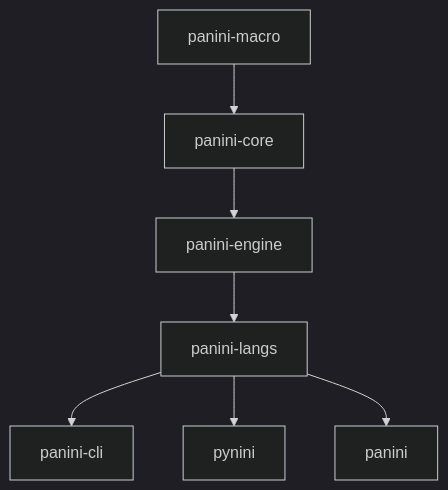
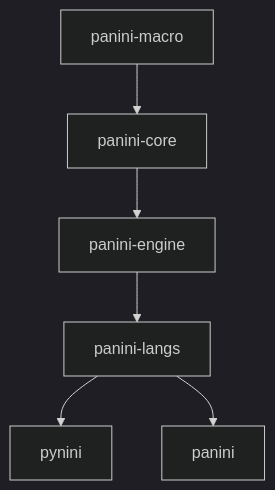
The first of 2 diagrams in rust_usage.md (yro7/panini), drawn with Mermaid (dark theme) before and after one commit. The commit also changed 10 other files, not shown here.

Commit message:
chore: remove the unused panini-cli crate

````diff
--- a/rust_usage.md
+++ b/rust_usage.md
@@ -11,9 +11,8 @@
 ```mermaid
 graph TD
     Macro[panini-macro] --> Core[panini-core]
     Core --> Engine[panini-engine]
     Engine --> Langs[panini-langs]
-    Langs --> CLI[panini-cli]
     Langs --> Pynini[pynini]
     Langs --> Facade[panini]
 ```
````
